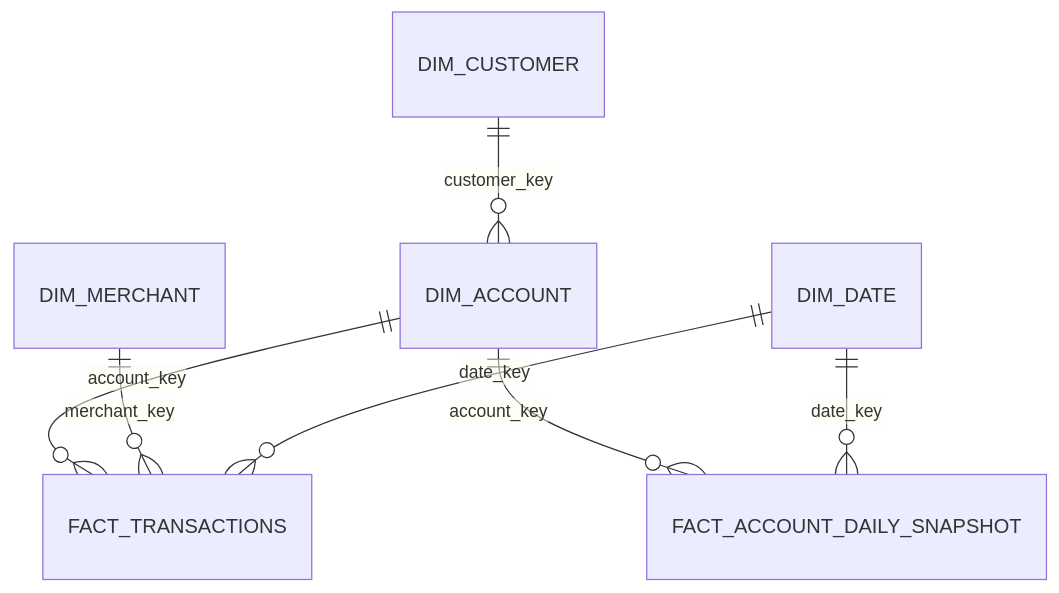
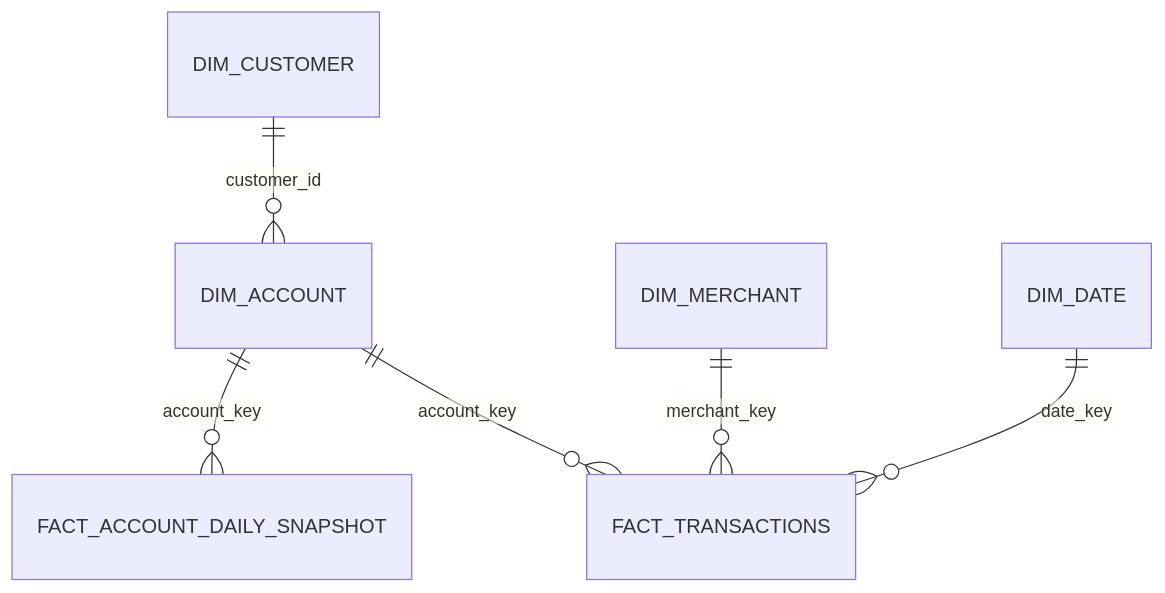
One commit to shree-basu/banking-data-warehouse changed the diagram in docs/data-model.md. Above: the diagram before and after it, drawn with Mermaid. The commit also changed other lines of this file and 11 other files, not shown here.

````diff
--- a/docs/data-model.md
+++ b/docs/data-model.md
@@ -12,9 +12,8 @@
 ```mermaid
 erDiagram
-  DIM_CUSTOMER ||--o{ DIM_ACCOUNT : customer_key
+  DIM_CUSTOMER ||--o{ DIM_ACCOUNT : customer_id
   DIM_ACCOUNT ||--o{ FACT_TRANSACTIONS : account_key
   DIM_MERCHANT ||--o{ FACT_TRANSACTIONS : merchant_key
   DIM_DATE ||--o{ FACT_TRANSACTIONS : date_key
   DIM_ACCOUNT ||--o{ FACT_ACCOUNT_DAILY_SNAPSHOT : account_key
-  DIM_DATE ||--o{ FACT_ACCOUNT_DAILY_SNAPSHOT : date_key
 ```
````
